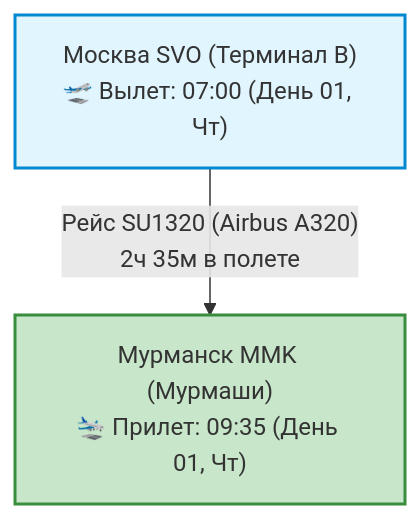
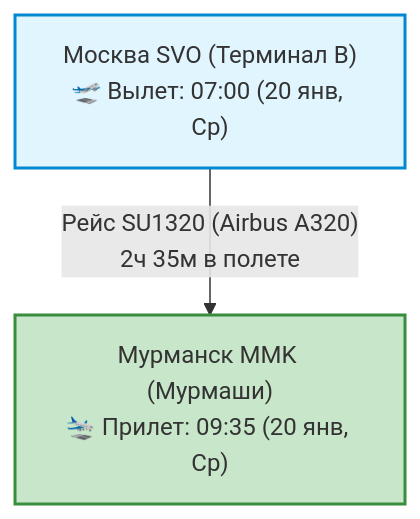
One commit to injurka/obsidian-mark changed the first of 2 diagrams in Personal Note/Travel/-- Murmansk/03 - Бронирования/Авиаперелеты.md. Above: the diagram before and after it, drawn with Mermaid. The commit also changed other lines of this file and 80 other files, not shown here.

````diff
--- a/Personal Note/Travel/-- Murmansk/03 - Бронирования/Авиаперелеты.md
+++ b/Personal Note/Travel/-- Murmansk/03 - Бронирования/Авиаперелеты.md
@@ -16,9 +16,9 @@
 ```mermaid
 graph TD
-    SVO["Москва SVO (Терминал B)<br>🛫 Вылет: 07:00 (День 01, Чт)"] -->|"Рейс SU1320 (Airbus A320)<br>2ч 35м в полете"| MMK["Мурманск MMK (Мурмаши)<br>🛬 Прилет: 09:35 (День 01, Чт)"]
+    SVO["Москва SVO (Терминал B)<br>🛫 Вылет: 07:00 (20 янв, Ср)"] -->|"Рейс SU1320 (Airbus A320)<br>2ч 35м в полете"| MMK["Мурманск MMK (Мурмаши)<br>🛬 Прилет: 09:35 (20 янв, Ср)"]
 
     classDef flight fill:#e1f5fe,stroke:#0288d1,stroke-width:2px;
     classDef mmk fill:#c8e6c9,stroke:#388e3c,stroke-width:2px;
     class SVO flight;
     class MMK mmk;
 ```
````
